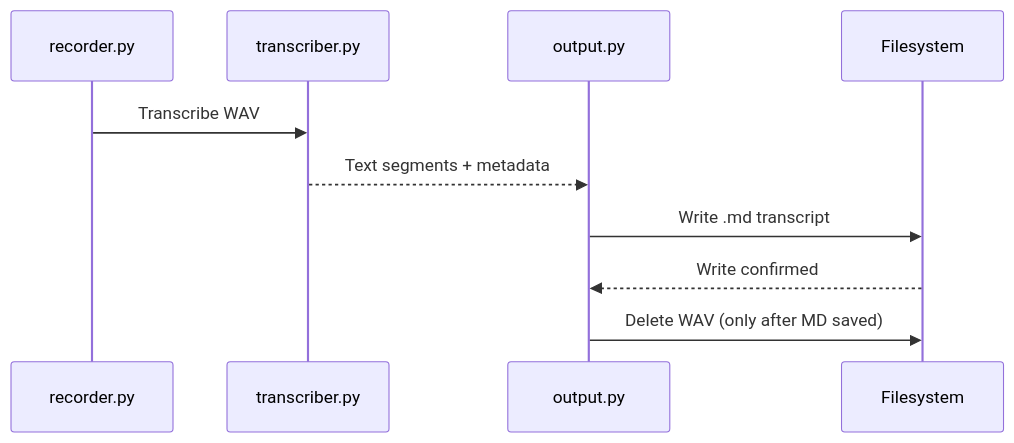
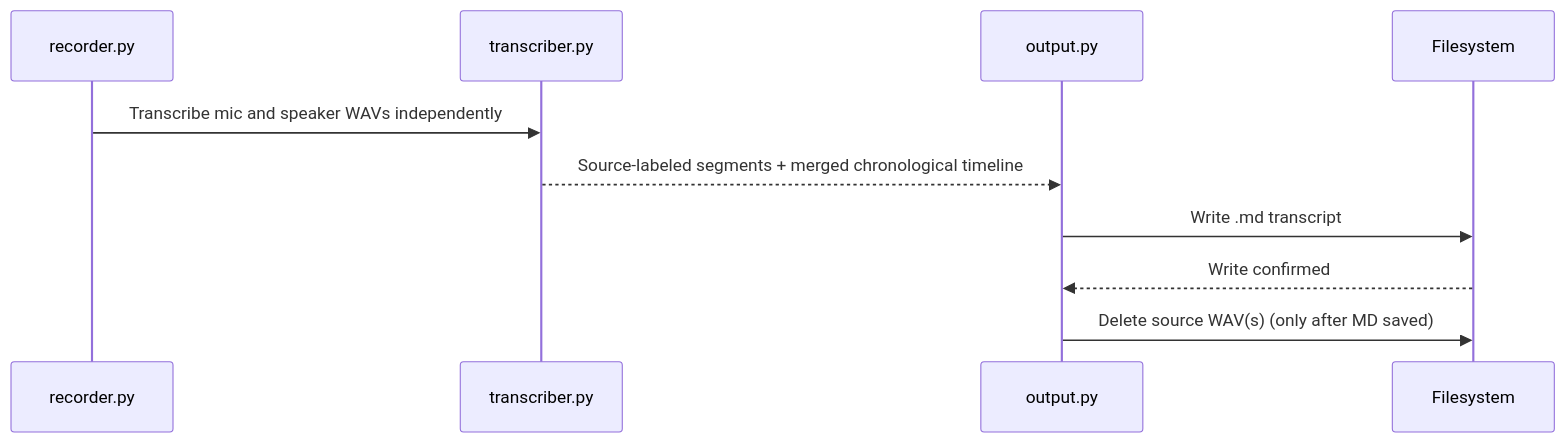
The fourth of 4 diagrams in docs/architecture.md (Lenniott/liscribe), drawn with Mermaid before and after one commit. The commit also changed other lines of this file and 10 other files, not shown here.

Commit message:
mic and speaker split

````diff
--- a/docs/architecture.md
+++ b/docs/architecture.md
@@ -91,13 +95,13 @@
 ```mermaid
 sequenceDiagram
     participant Rec as recorder.py
     participant Trans as transcriber.py
     participant Out as output.py
     participant FS as Filesystem
 
-    Rec->>Trans: Transcribe WAV
-    Trans-->>Out: Text segments + metadata
+    Rec->>Trans: Transcribe mic and speaker WAVs independently
+    Trans-->>Out: Source-labeled segments + merged chronological timeline
     Out->>FS: Write .md transcript
     FS-->>Out: Write confirmed
-    Out->>FS: Delete WAV (only after MD saved)
+    Out->>FS: Delete source WAV(s) (only after MD saved)
 ```
````
